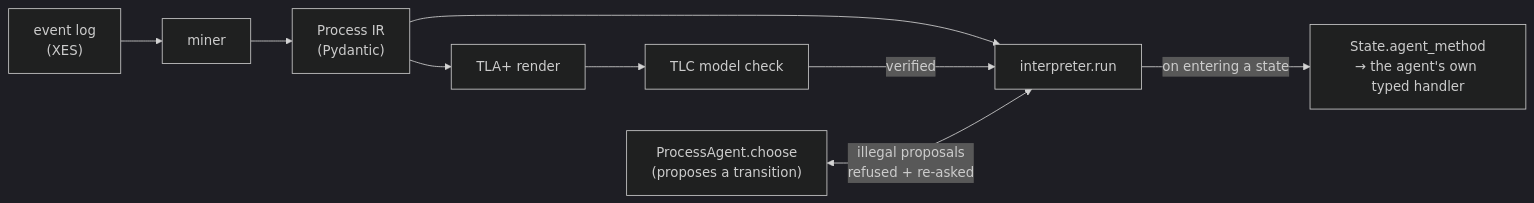
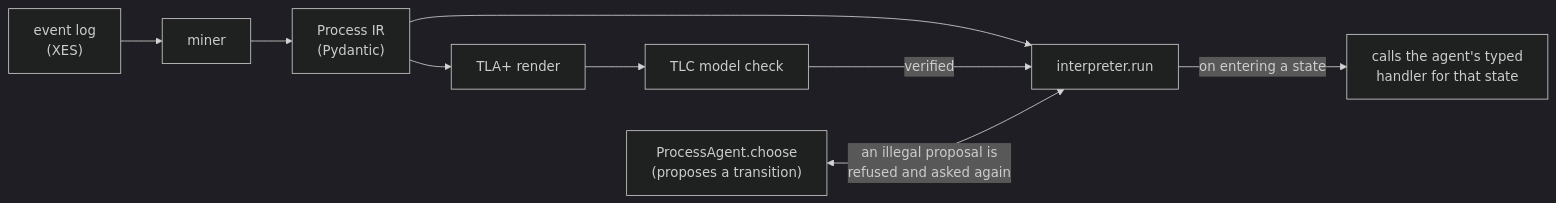
One commit to theagenticguy/pneuma changed the third of 3 diagrams in README.md. Above: the diagram before and after it, drawn with Mermaid (dark theme). The commit also changed other lines of this file, not shown here.

````diff
--- a/README.md
+++ b/README.md
@@ -109,9 +118,9 @@
 ```mermaid
 flowchart LR
     LOG["event log<br/>(XES)"] --> MINE["miner"] --> IR["Process IR<br/>(Pydantic)"]
     IR --> TLA["TLA+ render"] --> TLC["TLC model check"]
     IR --> INT["interpreter.run"]
     TLC -->|"verified"| INT
-    AGENT["ProcessAgent.choose<br/>(proposes a transition)"] <-->|"illegal proposals<br/>refused + re-asked"| INT
-    INT -->|"on entering a state"| WORK["State.agent_method<br/>→ the agent's own typed handler"]
+    AGENT["ProcessAgent.choose<br/>(proposes a transition)"] <-->|"an illegal proposal is<br/>refused and asked again"| INT
+    INT -->|"on entering a state"| WORK["calls the agent's typed<br/>handler for that state"]
 ```
````
